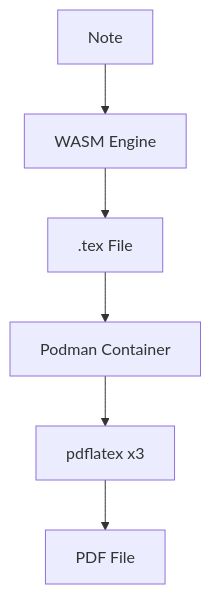
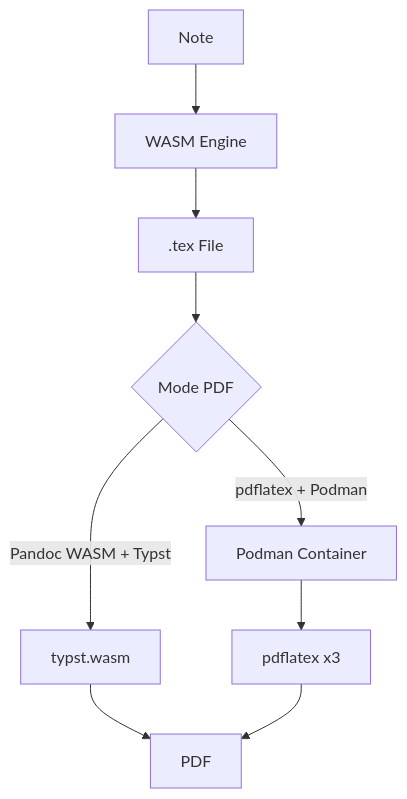
Before and after one commit to dvrch/mergdown2tex: the first of 2 diagrams in docs/compilation/pdf.md, drawn with Mermaid. The commit also changed other lines of this file and 17 other files, not shown here.

````diff
--- a/docs/compilation/pdf.md
+++ b/docs/compilation/pdf.md
@@ -9,8 +12,11 @@
 ```mermaid
 graph TD
     A[Note] --> B[WASM Engine]
     B --> C[.tex File]
-    C --> D[Podman Container]
-    D --> E[pdflatex x3]
-    E --> F[PDF File]
+    C --> D{Mode PDF}
+    D -->|Pandoc WASM + Typst| E[typst.wasm]
+    E --> F[PDF]
+    D -->|pdflatex + Podman| G[Podman Container]
+    G --> H[pdflatex x3]
+    H --> F[PDF]
 ```
````
